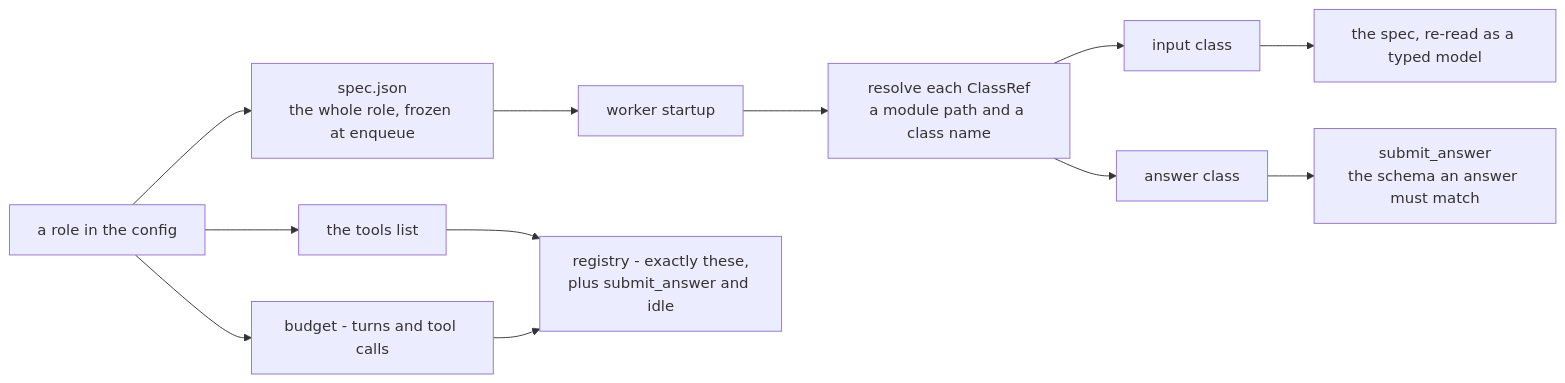
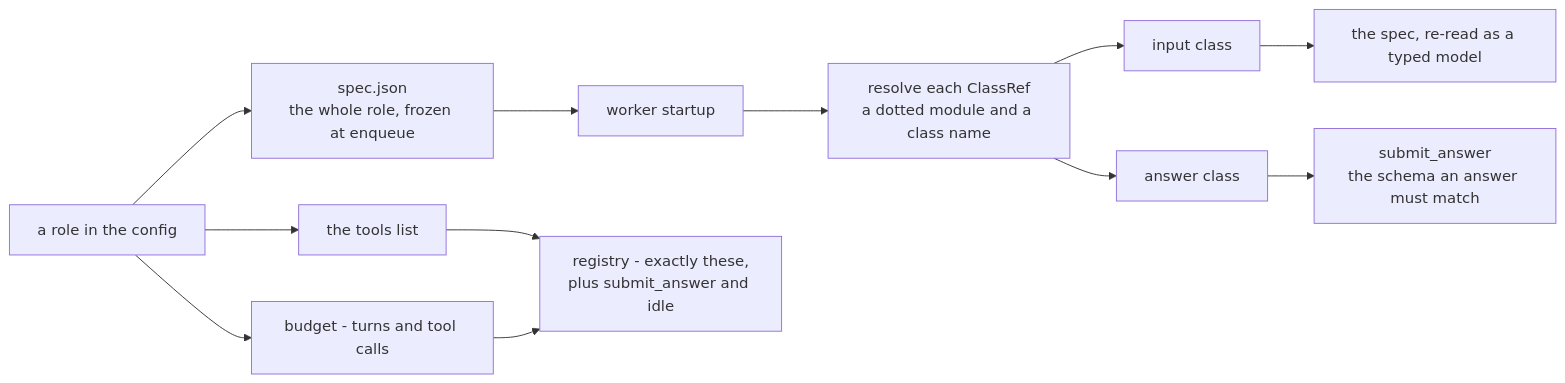
One commit to avishek-sen-gupta/ancalagon changed the third of 8 diagrams in README.md. Above: the diagram before and after it, drawn with Mermaid. The commit also changed other lines of this file, not shown here.

First line of the commit message:
Document the dotted config form that actually loads

````diff
--- a/README.md
+++ b/README.md
@@ -114,14 +114,14 @@
 ```mermaid
 flowchart LR
     role["a role in the config"] --> spec["spec.json<br/>the whole role, frozen at enqueue"]
     spec --> worker["worker startup"]
-    worker --> resolve["resolve each ClassRef<br/>a module path and a class name"]
+    worker --> resolve["resolve each ClassRef<br/>a dotted module and a class name"]
     resolve --> inc["input class"]
     resolve --> outc["answer class"]
     inc --> agentspec["the spec, re-read as a typed model"]
     outc --> submit["submit_answer<br/>the schema an answer must match"]
     role --> tl["the tools list"]
     tl --> registry["registry - exactly these,<br/>plus submit_answer and idle"]
     role --> b["budget - turns and tool calls"]
     b --> registry
 ```
````
